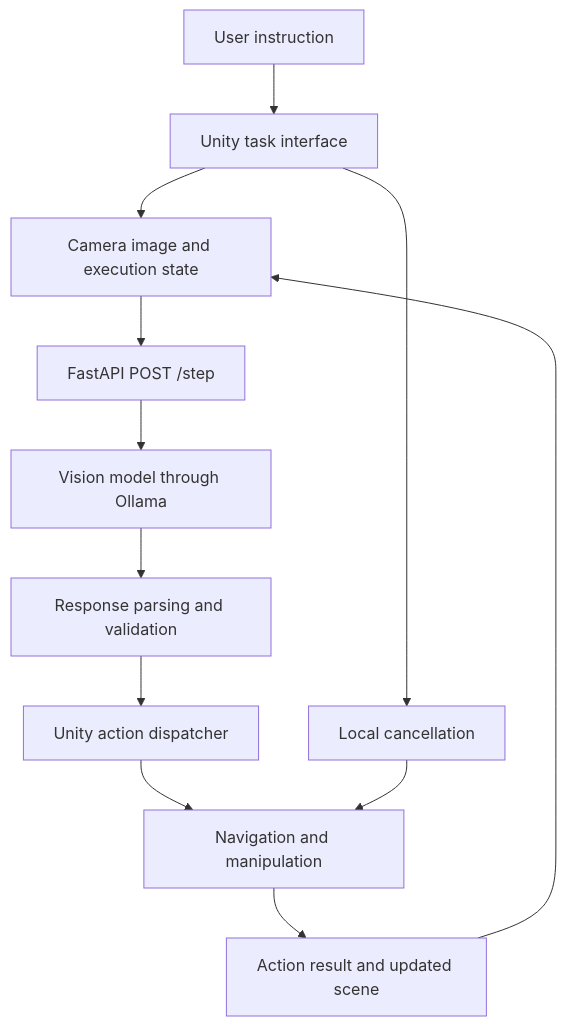
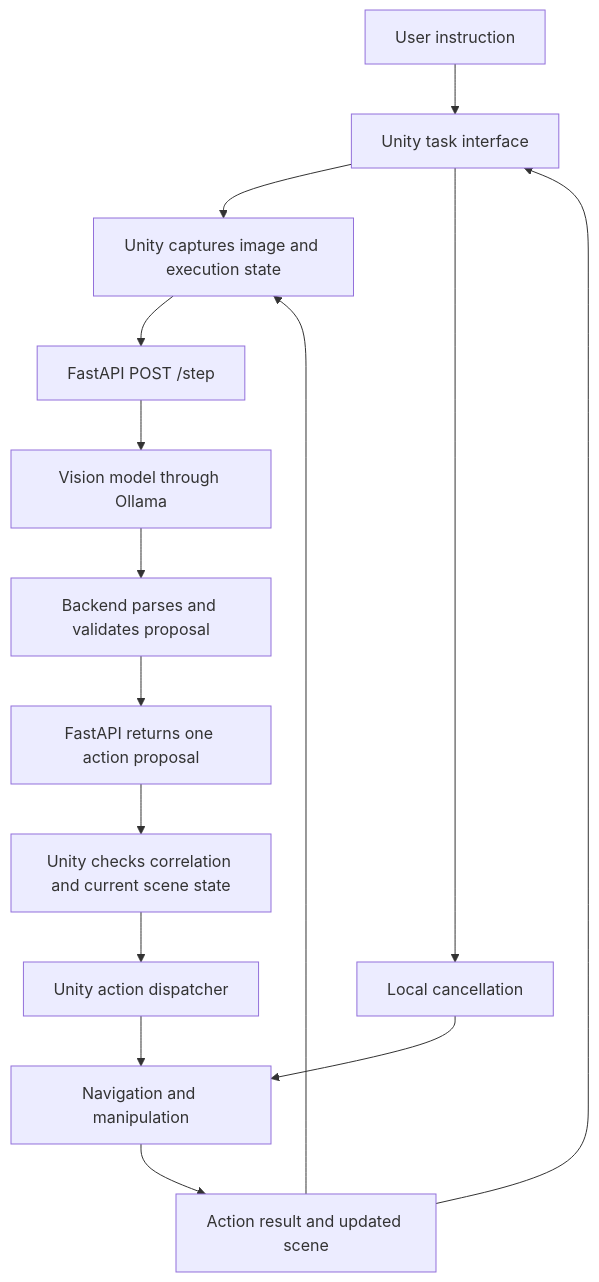
One commit to rituparnoc-web/da232o-assignment-2 changed the diagram in PLAN.md. Above: the diagram before and after it, drawn with Mermaid. The commit also changed other lines of this file, not shown here.

Commit message:
Clarify assignment requirements in plan

````diff
--- a/PLAN.md
+++ b/PLAN.md
@@ -73,14 +73,17 @@
 ```mermaid
 flowchart TD
     User[User instruction] --> UI[Unity task interface]
-    UI --> Capture[Camera image and execution state]
+    UI --> Capture[Unity captures image and execution state]
     Capture --> API[FastAPI POST /step]
     API --> Model[Vision model through Ollama]
-    Model --> Validator[Response parsing and validation]
-    Validator --> Dispatcher[Unity action dispatcher]
+    Model --> Validator[Backend parses and validates proposal]
+    Validator --> Response[FastAPI returns one action proposal]
+    Response --> UnityCheck[Unity checks correlation and current scene state]
+    UnityCheck --> Dispatcher[Unity action dispatcher]
     Dispatcher --> Controller[Navigation and manipulation]
     Controller --> Result[Action result and updated scene]
+    Result --> UI
     Result --> Capture
     UI --> Cancel[Local cancellation]
     Cancel --> Controller
 ```
````
